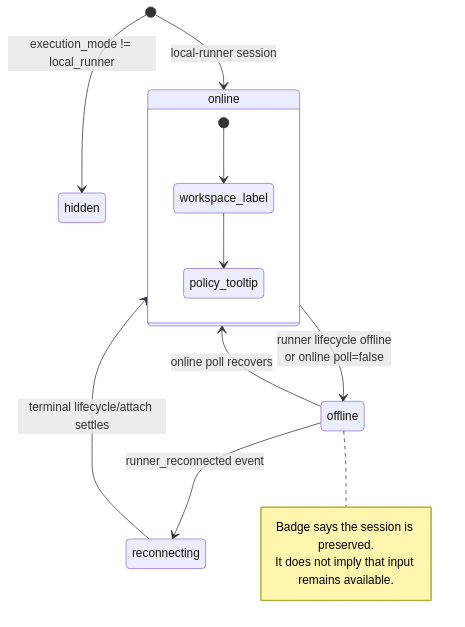
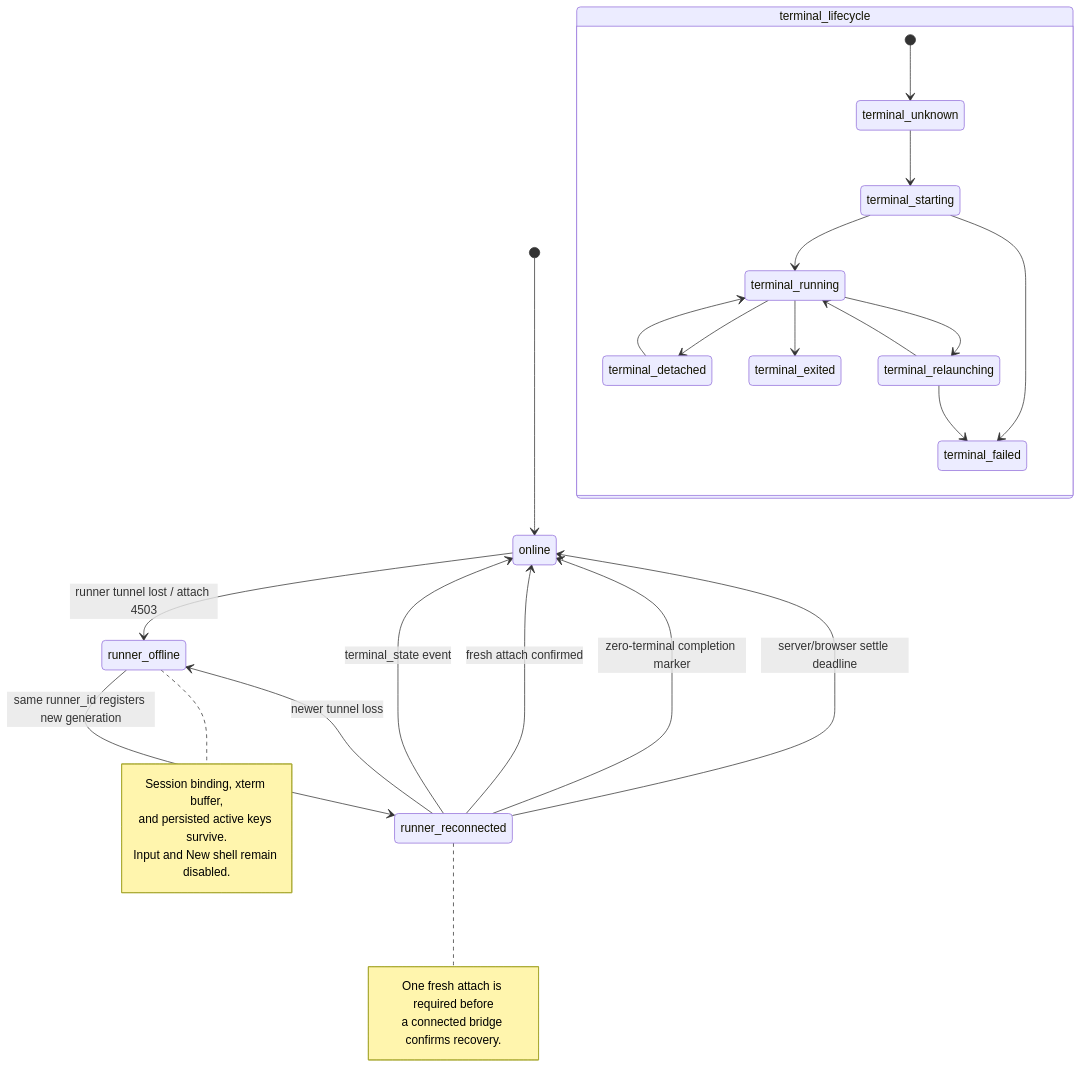
The fourth of 7 diagrams in docs/mvp-remote-runner-mirroring/08-ui-terminal-runtime-diagrams.md (drunkod/omnigent), drawn with Mermaid before and after one commit. The commit also changed other lines of this file, not shown here.

Commit message:
docs(terminals): document reconnect-safe runtime architecture

````diff
--- a/docs/mvp-remote-runner-mirroring/08-ui-terminal-runtime-diagrams.md
+++ b/docs/mvp-remote-runner-mirroring/08-ui-terminal-runtime-diagrams.md
@@ -148,20 +182,36 @@
 ```mermaid
 stateDiagram-v2
-    [*] --> hidden: execution_mode != local_runner
-    [*] --> online: local-runner session
+    [*] --> online
 
-    online --> offline: runner lifecycle offline<br/>or online poll=false
-    offline --> reconnecting: runner_reconnected event
-    reconnecting --> online: terminal lifecycle/attach settles
-    offline --> online: online poll recovers
+    online --> runner_offline: runner tunnel lost / attach 4503
+    runner_offline --> runner_reconnected: same runner_id registers new generation
+    runner_reconnected --> online: terminal_state event
+    runner_reconnected --> online: fresh attach confirmed
+    runner_reconnected --> online: zero-terminal completion marker
+    runner_reconnected --> online: server/browser settle deadline
+    runner_reconnected --> runner_offline: newer tunnel loss
 
-    state online {
-        [*] --> workspace_label
-        workspace_label --> policy_tooltip
+    state terminal_lifecycle {
+        [*] --> terminal_unknown
+        terminal_unknown --> terminal_starting
+        terminal_starting --> terminal_running
+        terminal_starting --> terminal_failed
+        terminal_running --> terminal_detached
+        terminal_detached --> terminal_running
+        terminal_running --> terminal_exited
+        terminal_running --> terminal_relaunching
+        terminal_relaunching --> terminal_running
+        terminal_relaunching --> terminal_failed
     }
 
-    note right of offline
-        Badge says the session is preserved.
-        It does not imply that input remains available.
+    note right of runner_offline
+        Session binding, xterm buffer,
+        and persisted active keys survive.
+        Input and New shell remain disabled.
+    end note
+
+    note right of runner_reconnected
+        One fresh attach is required before
+        a connected bridge confirms recovery.
     end note
 ```
````
